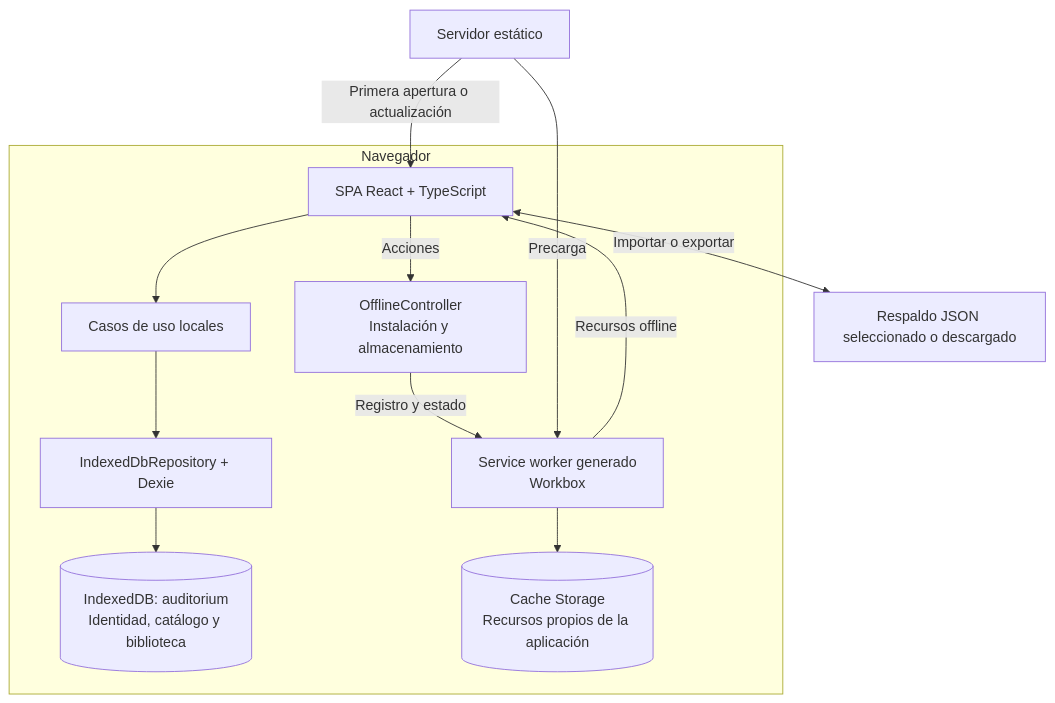
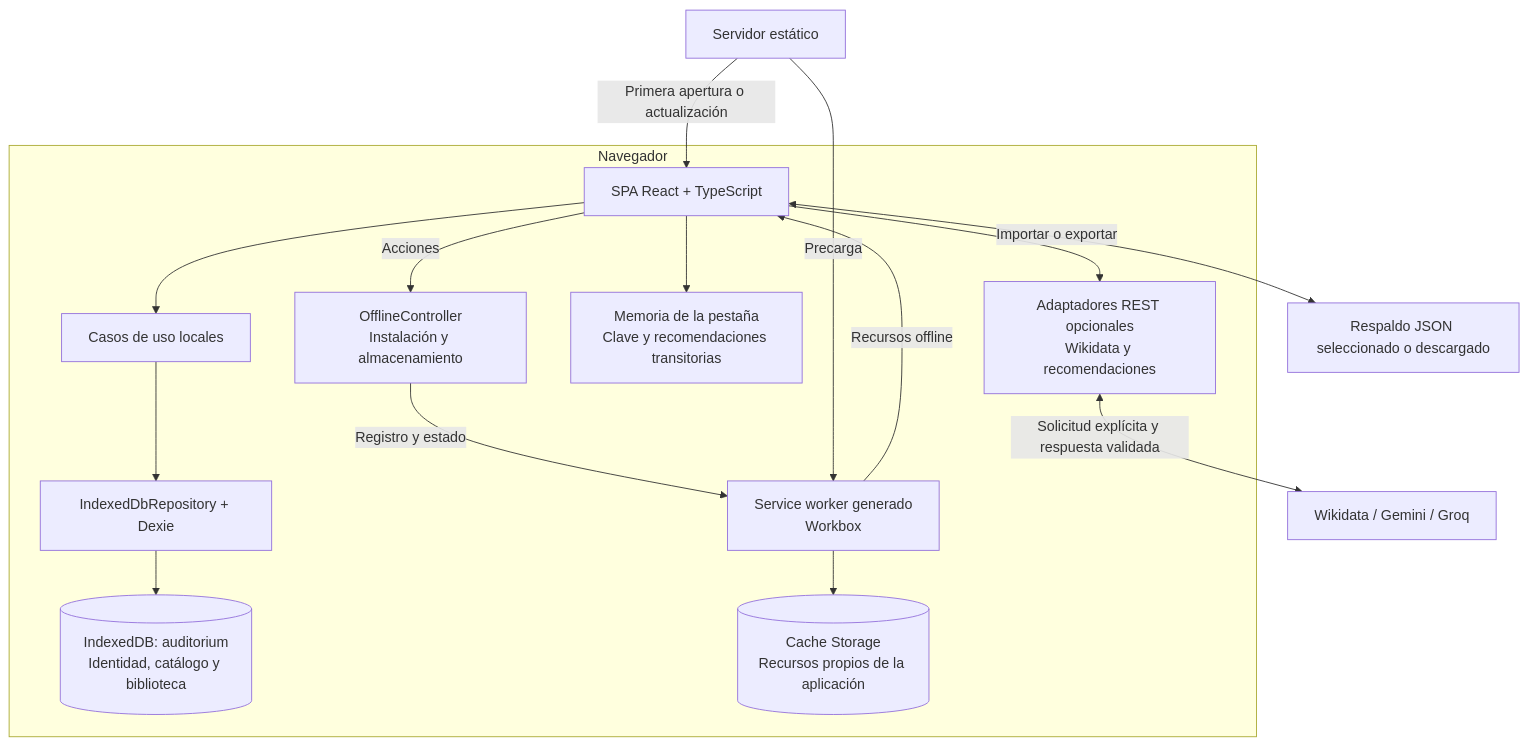
The second of 6 diagrams in docs/ARQUITECTURA.md (NicoCG32/Auditorium), drawn with Mermaid before and after one commit. The commit also changed other lines of this file and 52 other files, not shown here.

````diff
--- a/docs/ARQUITECTURA.md
+++ b/docs/ARQUITECTURA.md
@@ -32,24 +38,30 @@
 ```mermaid
 flowchart TB
     Hosting["Servidor estático"]
     subgraph Navegador["Navegador"]
         SPA["SPA React + TypeScript"]
         Casos["Casos de uso locales"]
         Adaptador["IndexedDbRepository + Dexie"]
         DB[("IndexedDB: auditorium<br/>Identidad, catálogo y biblioteca")]
         Offline["OfflineController<br/>Instalación y almacenamiento"]
         SW["Service worker generado<br/>Workbox"]
         Cache[("Cache Storage<br/>Recursos propios de la aplicación")]
+        Sesion["Memoria de la pestaña<br/>Clave y recomendaciones transitorias"]
+        HTTP["Adaptadores REST opcionales<br/>Wikidata y recomendaciones"]
         SPA --> Casos
         Casos --> Adaptador
         Adaptador --> DB
         SPA -->|Acciones| Offline
         Offline -->|Registro y estado| SW
         SW --> Cache
         SW -->|Recursos offline| SPA
+        SPA --> Sesion
+        SPA --> HTTP
     end
     Hosting -->|Primera apertura o actualización| SPA
     Hosting -->|Precarga| SW
     Archivo["Respaldo JSON seleccionado o descargado"]
     SPA <-->|Importar o exportar| Archivo
+    Proveedores["Wikidata / Gemini / Groq"]
+    HTTP <-->|Solicitud explícita y respuesta validada| Proveedores
 ```
````
